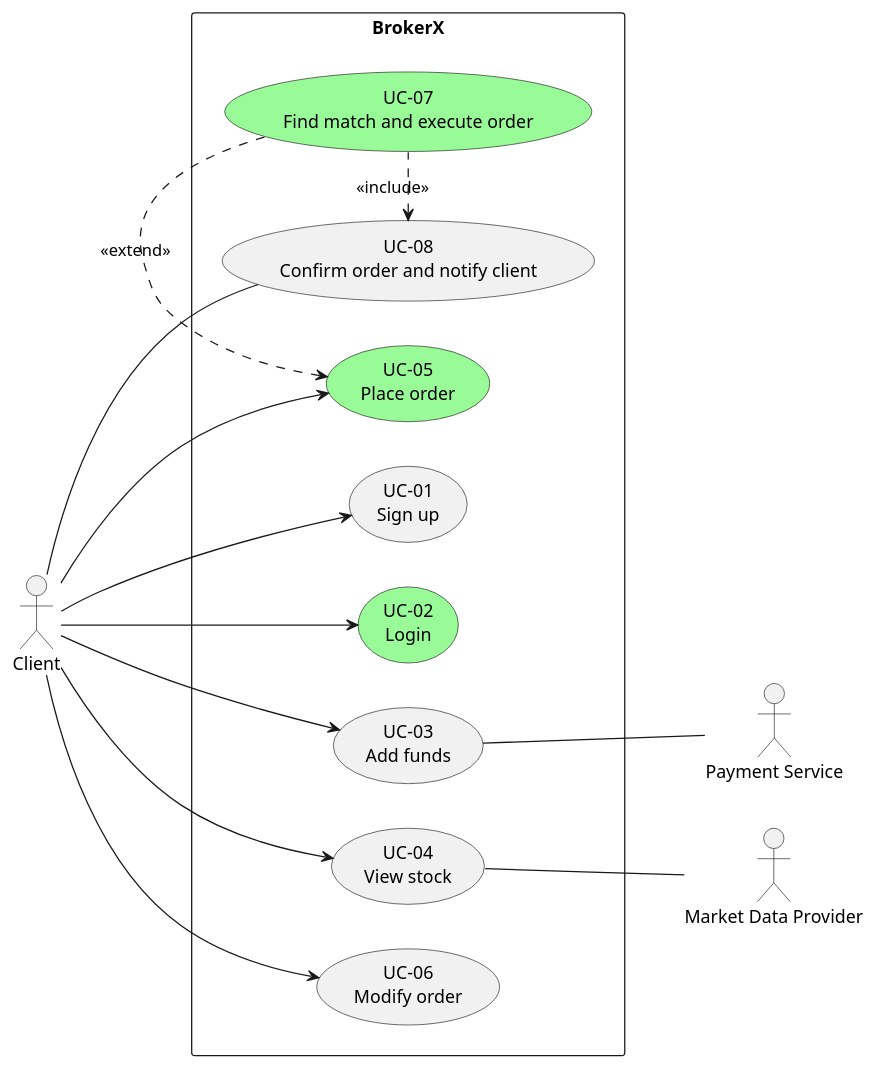
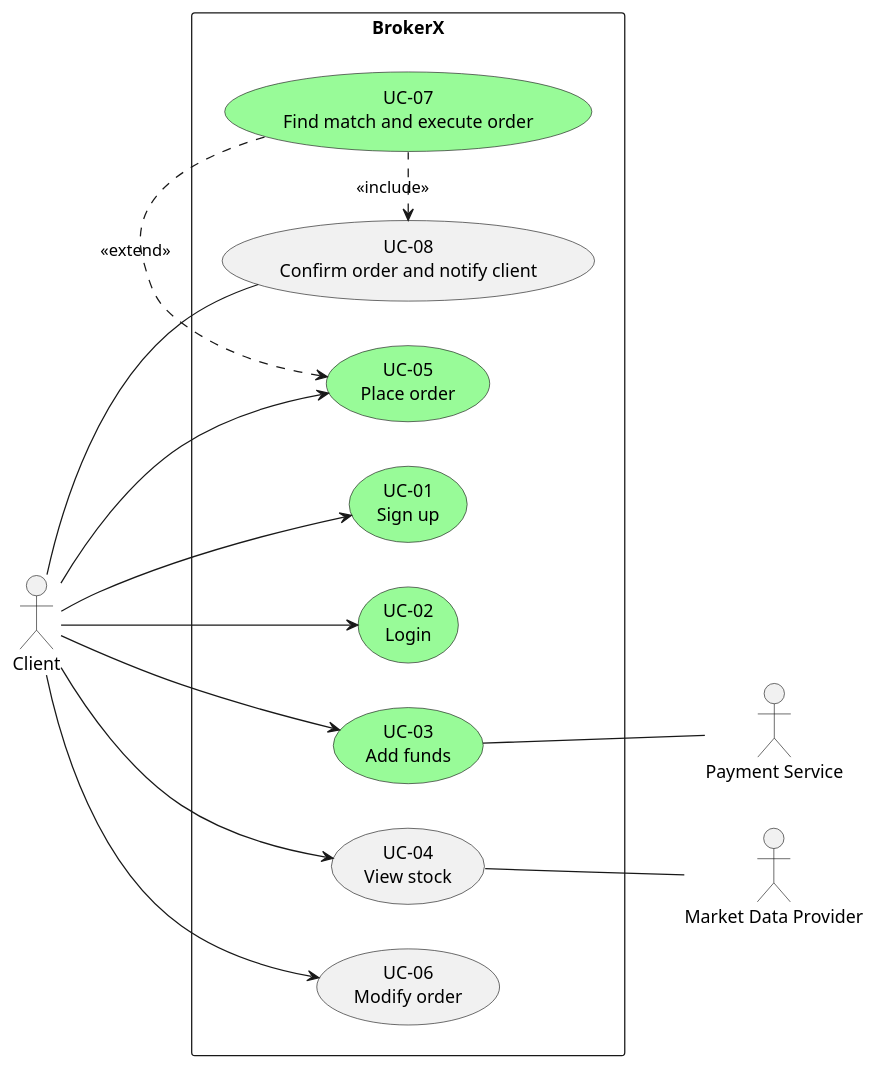
One commit to cjayneb/log430-project changed the diagram in docs/use_cases/all_use_cases.puml. Above: the diagram before and after it, drawn with PlantUML. The commit also changed 53 other files, not shown here.

Commit message:
update docs with performance tests and some of phase 2 diagrams

```diff
--- a/docs/use_cases/all_use_cases.puml
+++ b/docs/use_cases/all_use_cases.puml
@@ -1,42 +1,42 @@
 @startuml all_use_cases
 left to right direction
 
 actor Client as C
 
 rectangle BrokerX {
     together {
-        usecase "UC-01\nSign up" as UC01
+        usecase "UC-01\nSign up" as UC01 #palegreen
         usecase "UC-02\nLogin" as UC02 #palegreen
-        usecase "UC-03\nAdd funds" as UC03
+        usecase "UC-03\nAdd funds" as UC03 #palegreen
         usecase "UC-04\nView stock" as UC04
         usecase "UC-06\nModify order" as UC06
     }
     
     together {
         usecase "UC-08\nConfirm order and notify client" as UC08
         usecase "UC-05\nPlace order" as UC05 #palegreen
         usecase "UC-07\nFind match and execute order" as UC07 #palegreen
     }
 }
 
 actor "Payment Service" as PS
 actor "Market Data Provider" as MDP
 
 ' Client interactions
 C --> UC01
 C --> UC02
 C --> UC03
 C --> UC04
 C --> UC05
 C --> UC06
 
 ' External services interactions
 UC03 -- PS 
 UC04 -- MDP
 
 ' Relationships between use cases
 UC08 -- C
 UC05 <. UC07 : <<extend>>
 UC08 <. UC07 : <<include>>
 
 @enduml
```
